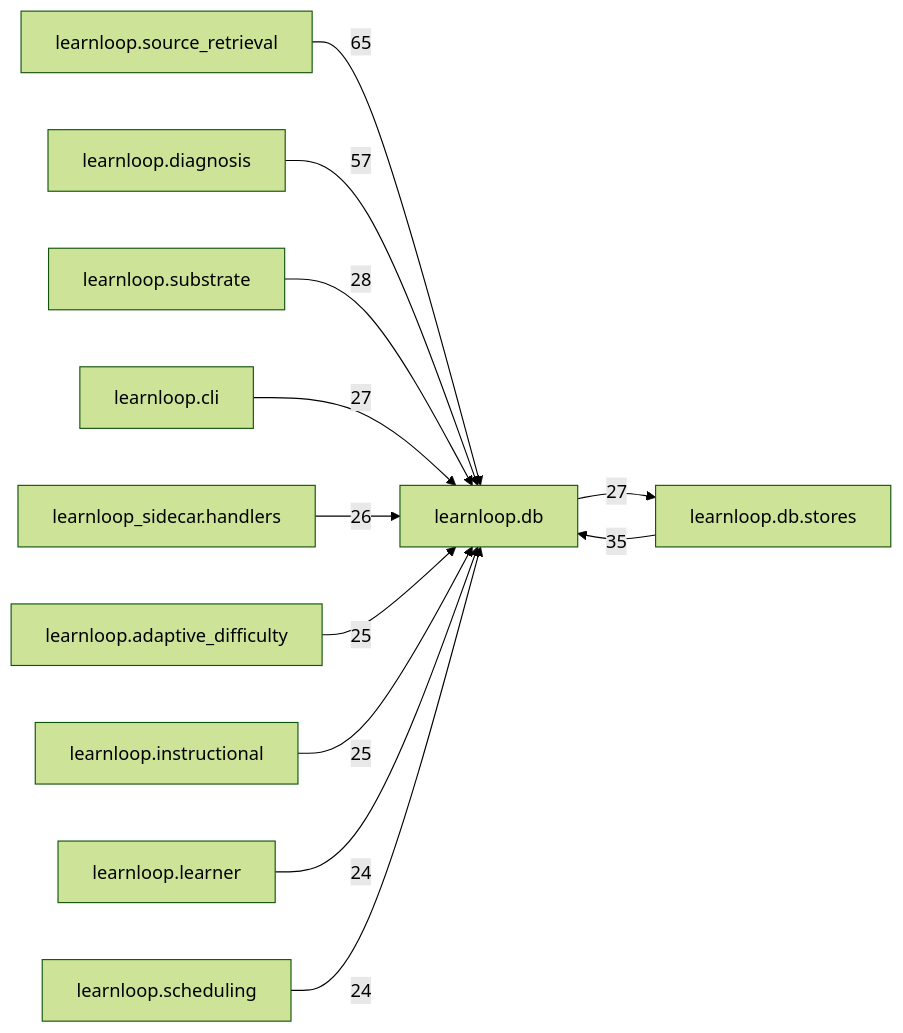
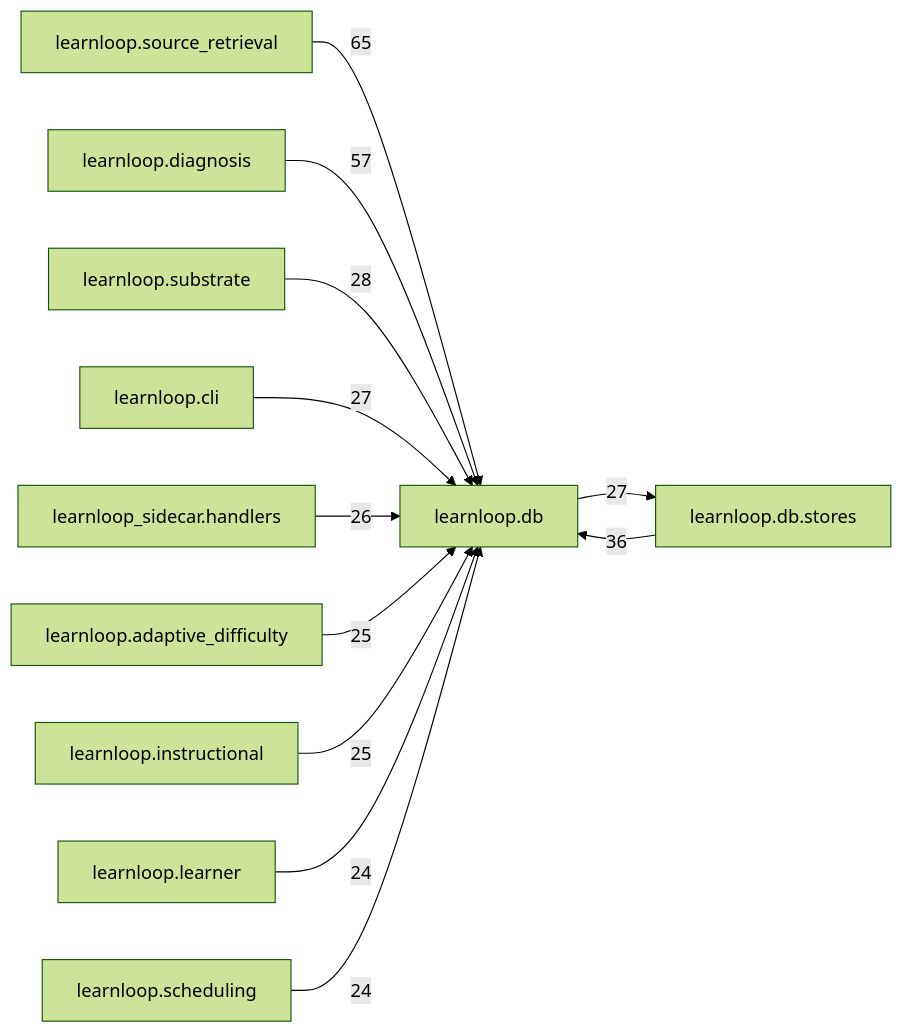
The diagram in docs/learnloop-architecture-vault/Reference/Modules/learnloop/db/_package.md (6up-b/learnanything), drawn with Mermaid (forest theme) before and after one commit. The commit also changed other lines of this file and 40 other files, not shown here.

````diff
--- a/docs/learnloop-architecture-vault/Reference/Modules/learnloop/db/_package.md
+++ b/docs/learnloop-architecture-vault/Reference/Modules/learnloop/db/_package.md
@@ -149,25 +151,25 @@
 ```mermaid
 flowchart LR
     center["learnloop.db"]
     n_learnloop_source_retrieval["learnloop.source_retrieval"]
     n_learnloop_db_stores["learnloop.db.stores"]
     n_learnloop_diagnosis["learnloop.diagnosis"]
     n_learnloop_substrate["learnloop.substrate"]
     n_learnloop_cli["learnloop.cli"]
     n_learnloop_sidecar_handlers["learnloop_sidecar.handlers"]
     n_learnloop_adaptive_difficulty["learnloop.adaptive_difficulty"]
     n_learnloop_instructional["learnloop.instructional"]
     n_learnloop_learner["learnloop.learner"]
     n_learnloop_scheduling["learnloop.scheduling"]
     n_learnloop_source_retrieval -->|65| center
-    n_learnloop_db_stores -->|35| center
+    n_learnloop_db_stores -->|36| center
     center -->|27| n_learnloop_db_stores
     n_learnloop_diagnosis -->|57| center
     n_learnloop_substrate -->|28| center
     n_learnloop_cli -->|27| center
     n_learnloop_sidecar_handlers -->|26| center
     n_learnloop_adaptive_difficulty -->|25| center
     n_learnloop_instructional -->|25| center
     n_learnloop_learner -->|24| center
     n_learnloop_scheduling -->|24| center
 ```
````
